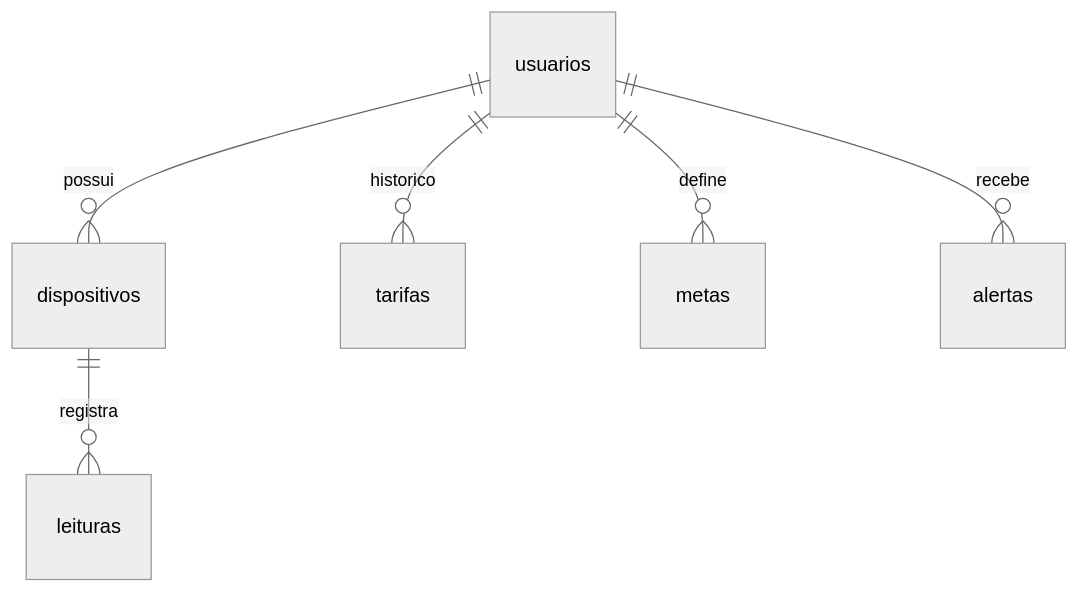
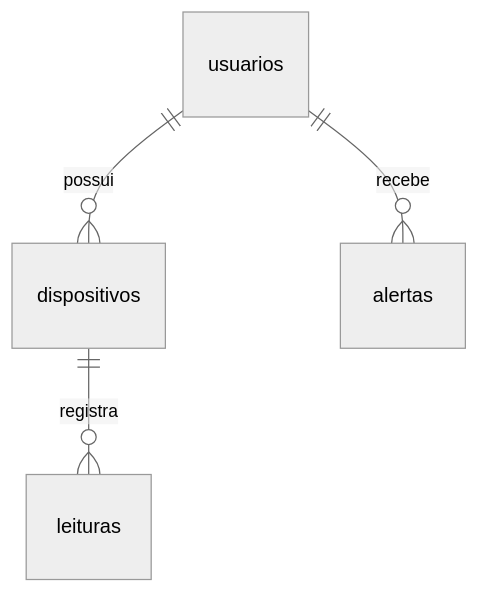
Before and after one commit to VictorsouzaV/ecopower: the diagram in EcoPower/04 - Banco de Dados/DER.md, drawn with Mermaid (neutral theme). The commit also changed other lines of this file and 26 other files, not shown here.

````diff
--- a/EcoPower/04 - Banco de Dados/DER.md
+++ b/EcoPower/04 - Banco de Dados/DER.md
@@ -15,8 +11,6 @@
 ```mermaid
 erDiagram
     usuarios ||--o{ dispositivos : possui
     dispositivos ||--o{ leituras : registra
-    usuarios ||--o{ tarifas : historico
-    usuarios ||--o{ metas : define
     usuarios ||--o{ alertas : recebe
 ```
````
